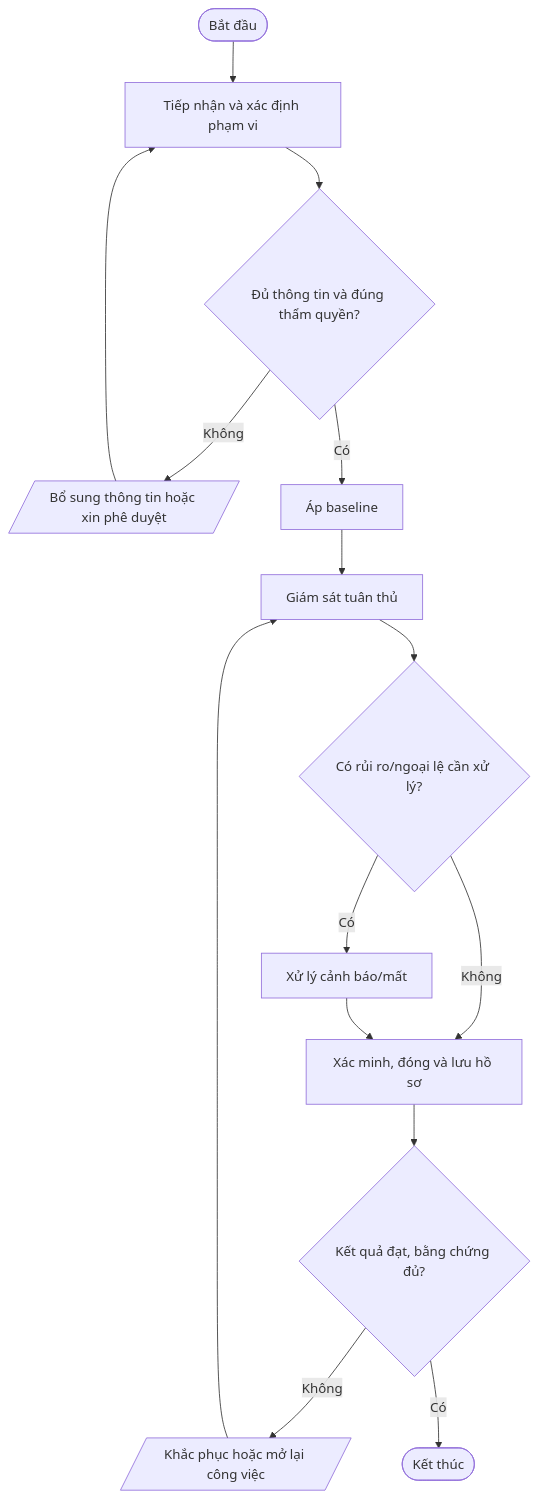
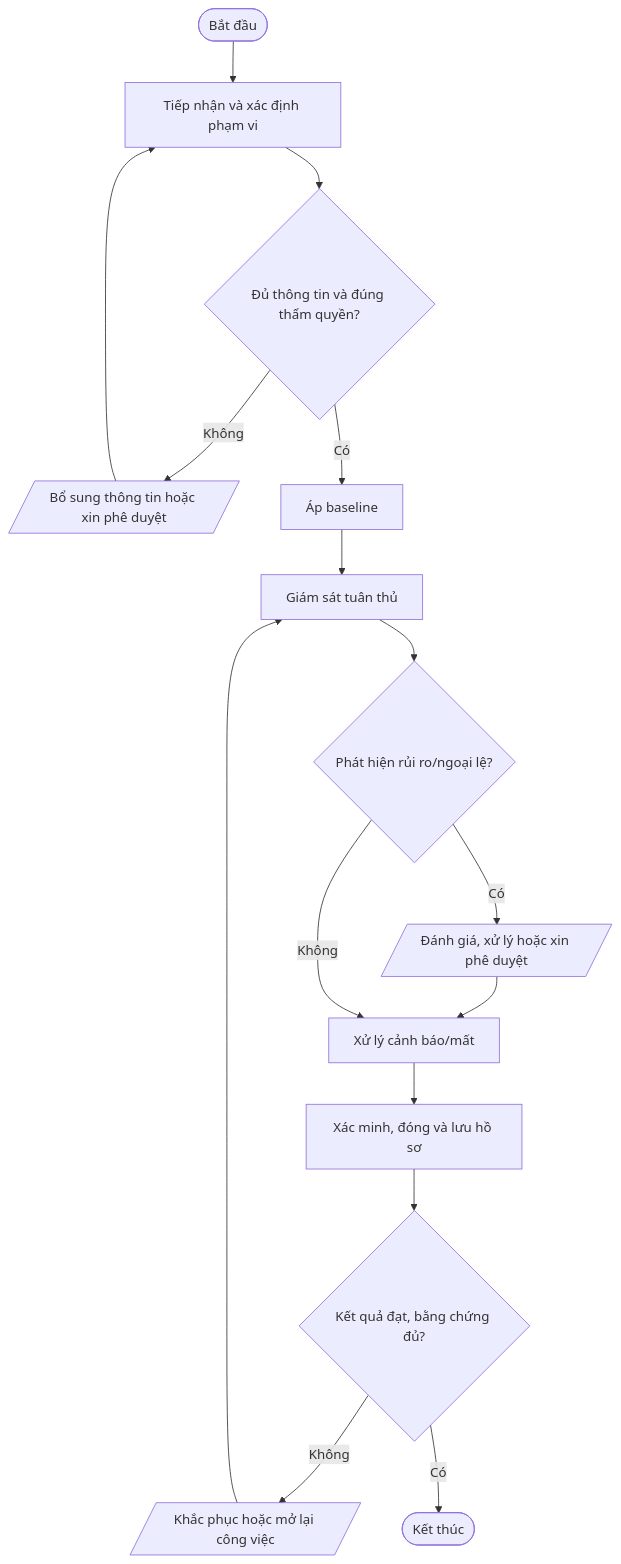
The eighth of 11 diagrams in quy-trinh/03-An-toan-thong-tin/README.md (daoaigiangnam/Quy_Trinh_Chuan), drawn with Mermaid before and after one commit. The commit also changed other lines of this file, not shown here.

Commit message:
docs: correct procedure flowchart decision paths

````diff
--- a/quy-trinh/03-An-toan-thong-tin/README.md
+++ b/quy-trinh/03-An-toan-thong-tin/README.md
@@ -673,17 +680,18 @@
 ```mermaid
 flowchart TD
   A([Bắt đầu]) --> S1["Tiếp nhận và xác định phạm vi"]
   S1 --> D1{"Đủ thông tin và đúng thẩm quyền?"}
   D1 -- Không --> F1[/"Bổ sung thông tin hoặc xin phê duyệt"/]
   F1 --> S1
   D1 -- Có --> S2["Áp baseline"]
   S2 --> S3["Giám sát tuân thủ"]
-  S3 --> D2{"Có rủi ro/ngoại lệ cần xử lý?"}
-  D2 -- Có --> S4["Xử lý cảnh báo/mất"]
-  D2 -- Không --> S5["Xác minh, đóng và lưu hồ sơ"]
-  S4 --> S5
+  S3 --> D2{"Phát hiện rủi ro/ngoại lệ?"}
+  D2 -- Có --> RISK[/"Đánh giá, xử lý hoặc xin phê duyệt"/]
+  RISK --> S4["Xử lý cảnh báo/mất"]
+  D2 -- Không --> S4
+  S4 --> S5["Xác minh, đóng và lưu hồ sơ"]
   S5 --> D3{"Kết quả đạt, bằng chứng đủ?"}
   D3 -- Không --> R[/"Khắc phục hoặc mở lại công việc"/]
   R --> S3
   D3 -- Có --> Z([Kết thúc])
 ```
````
